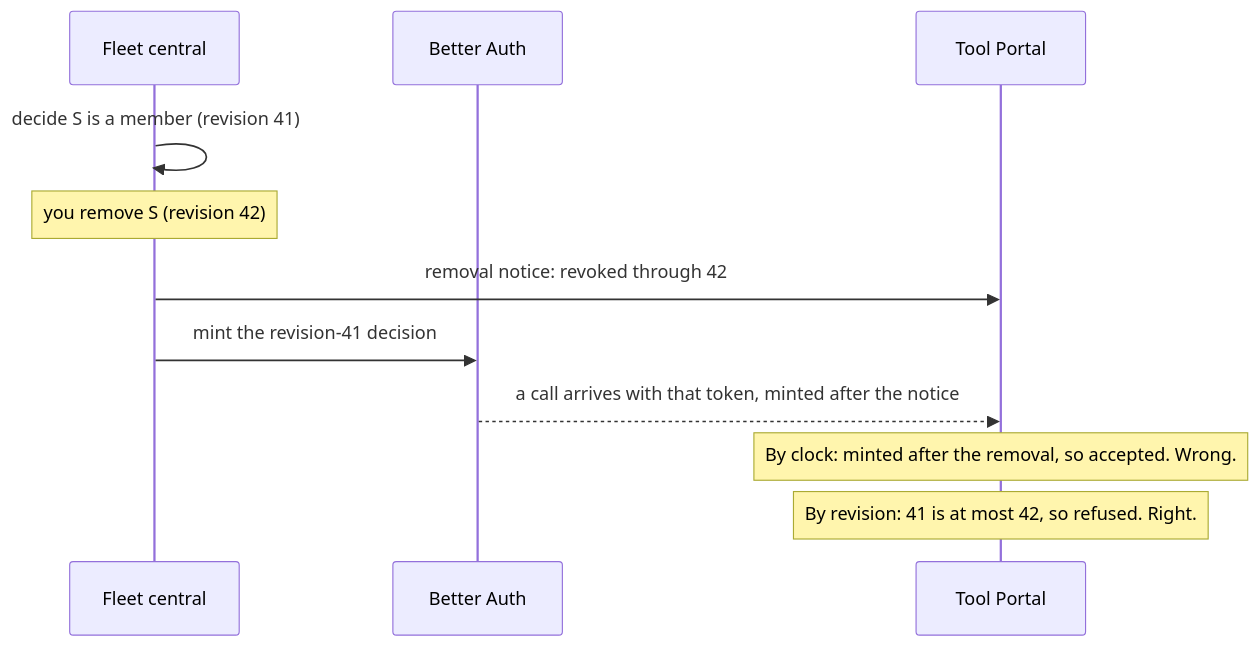
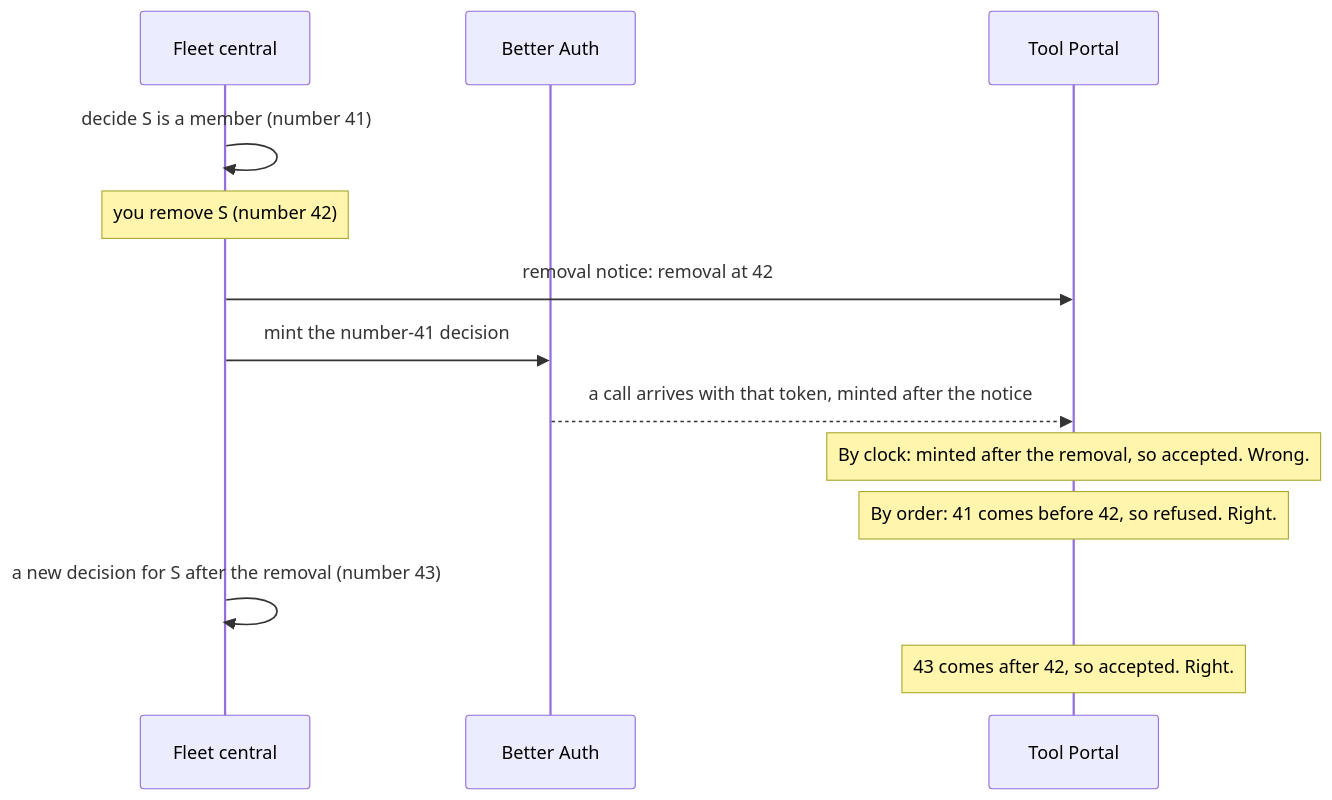
One commit to ShravanSunder/agent-vm changed the fifth of 11 diagrams in docs/specs/2026-10-24-agent-identity/alternatives.md. Above: the diagram before and after it, drawn with Mermaid. The commit also changed other lines of this file and 6 other files, not shown here.

````diff
--- a/docs/specs/2026-10-24-agent-identity/alternatives.md
+++ b/docs/specs/2026-10-24-agent-identity/alternatives.md
@@ -153,13 +162,15 @@
 ```mermaid
 sequenceDiagram
   participant C as Fleet central
   participant B as Better Auth
   participant P as Tool Portal
-  C->>C: decide S is a member (revision 41)
-  Note over C: you remove S (revision 42)
-  C->>P: removal notice: revoked through 42
-  C->>B: mint the revision-41 decision
+  C->>C: decide S is a member (number 41)
+  Note over C: you remove S (number 42)
+  C->>P: removal notice: removal at 42
+  C->>B: mint the number-41 decision
   B-->>P: a call arrives with that token, minted after the notice
   Note over P: By clock: minted after the removal, so accepted. Wrong.
-  Note over P: By revision: 41 is at most 42, so refused. Right.
+  Note over P: By order: 41 comes before 42, so refused. Right.
+  C->>C: a new decision for S after the removal (number 43)
+  Note over P: 43 comes after 42, so accepted. Right.
 ```
````
